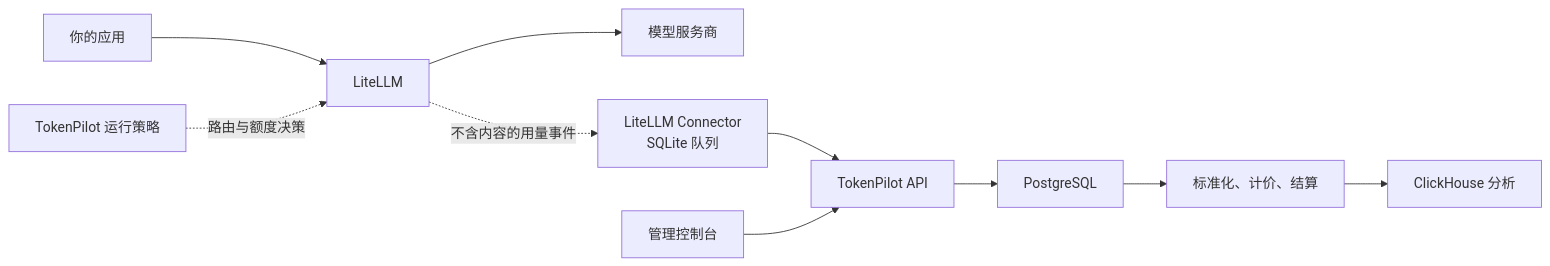
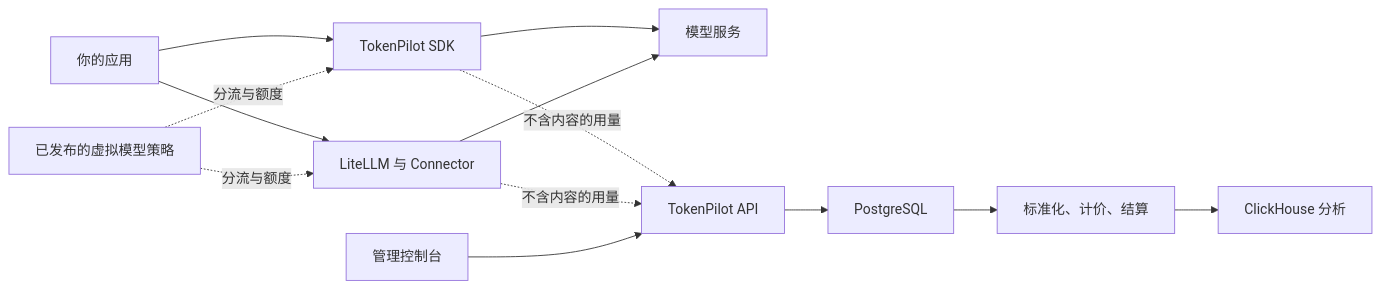
Before and after one commit to leconio/TokenPilot: the diagram in README.zh-CN.md, drawn with Mermaid. The commit also changed other lines of this file and 286 other files, not shown here.

````diff
--- a/README.zh-CN.md
+++ b/README.zh-CN.md
@@ -37,12 +37,15 @@
 ```mermaid
 flowchart LR
-  APP["你的应用"] --> LLM["LiteLLM"]
-  POLICY["TokenPilot 运行策略"] -. "路由与额度决策" .-> LLM
-  LLM --> PROVIDER["模型服务商"]
-  LLM -. "不含内容的用量事件" .-> CONNECTOR["LiteLLM Connector\nSQLite 队列"]
-  CONNECTOR --> API["TokenPilot API"]
+  APP["你的应用"] --> SDK["TokenPilot SDK"]
+  APP --> LLM["LiteLLM 与 Connector"]
+  POLICY["已发布的虚拟模型策略"] -. "分流与额度" .-> SDK
+  POLICY -. "分流与额度" .-> LLM
+  SDK --> PROVIDER["模型服务"]
+  LLM --> PROVIDER
+  SDK -. "不含内容的用量" .-> API["TokenPilot API"]
+  LLM -. "不含内容的用量" .-> API
   API --> PG["PostgreSQL"]
   PG --> WORKER["标准化、计价、结算"]
   WORKER --> CH["ClickHouse 分析"]
   WEB["管理控制台"] --> API
 ```
````
